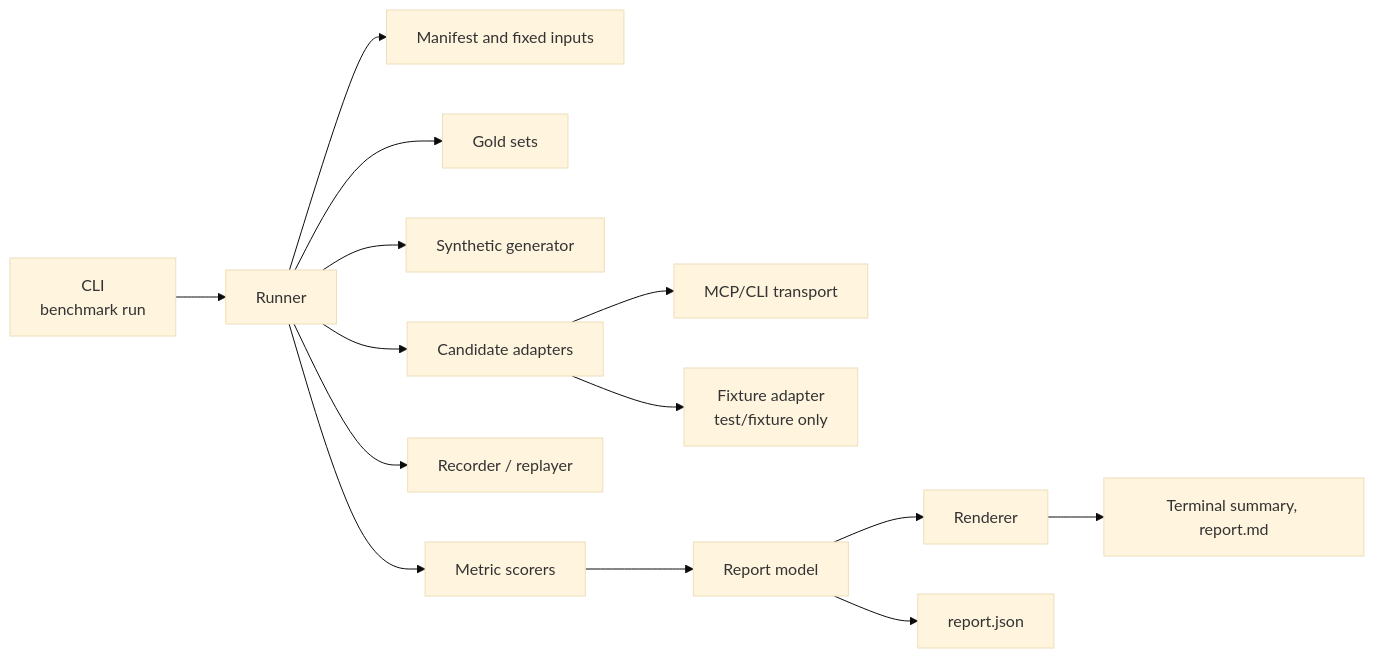
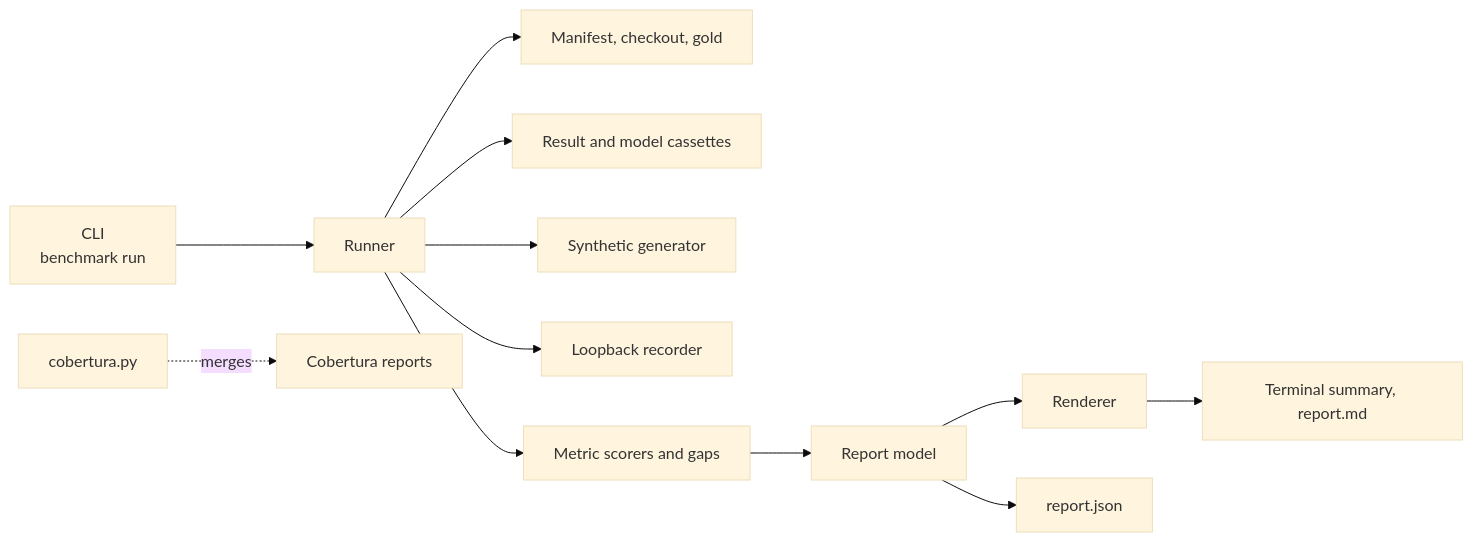
One commit to kressnerd/ortsinn changed the diagram in docs/arc42/05-building-block-view.md. Above: the diagram before and after it, drawn with Mermaid (base theme). The commit also changed other lines of this file and 29 other files, not shown here.

````diff
--- a/docs/arc42/05-building-block-view.md
+++ b/docs/arc42/05-building-block-view.md
@@ -9,16 +10,14 @@
 ```mermaid
 flowchart LR
     CLI[CLI<br/>benchmark run] --> RUN[Runner]
-    RUN --> MAN[Manifest and fixed inputs]
-    RUN --> GOLD[Gold sets]
+    RUN --> MAN[Manifest, checkout, gold]
+    RUN --> CASS[Result and model cassettes]
     RUN --> GEN[Synthetic generator]
-    RUN --> ADP[Candidate adapters]
-    ADP --> MCP[MCP/CLI transport]
-    ADP --> FIX[Fixture adapter<br/>test/fixture only]
-    RUN --> REC[Recorder / replayer]
-    RUN --> MET[Metric scorers]
+    RUN --> REC[Loopback recorder]
+    RUN --> MET[Metric scorers and gaps]
     MET --> REP[Report model]
     REP --> REN[Renderer]
     REN --> OUT[Terminal summary, report.md]
     REP --> JSON[report.json]
+    COV[cobertura.py] -.->|merges| COVR[Cobertura reports]
 ```
````
